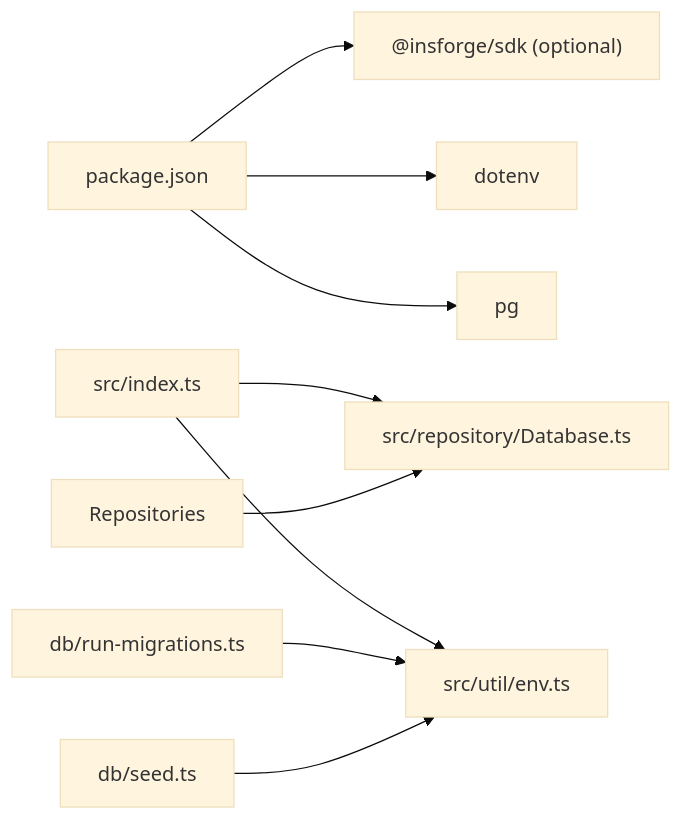
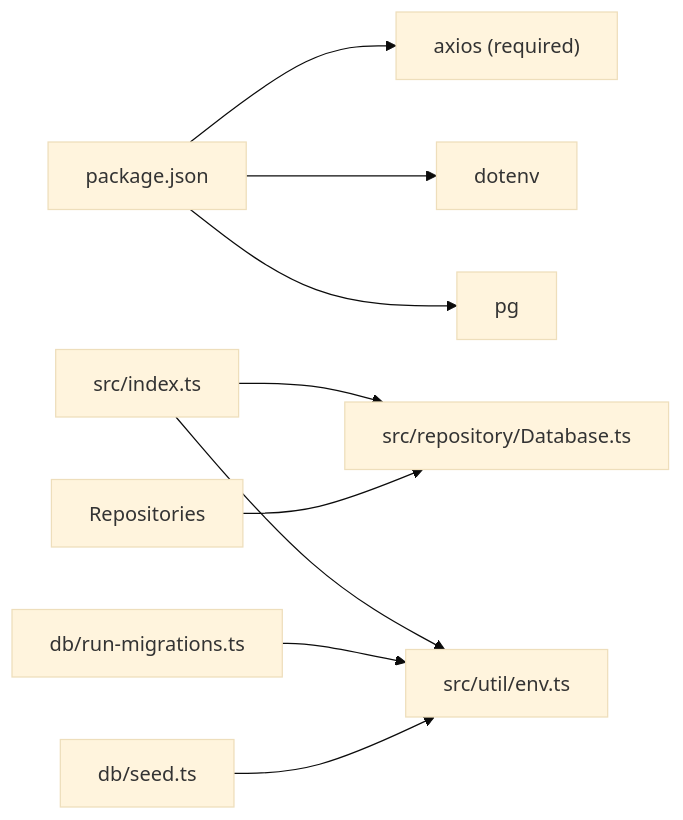
The sixth of 6 diagrams in .qoder/repowiki/en/content/Repository Layer/Database Abstraction.md (vishnusaibhosekar/ares), drawn with Mermaid (base theme) before and after one commit. The commit also changed other lines of this file and 10 other files, not shown here.

````diff
--- a/.qoder/repowiki/en/content/Repository Layer/Database Abstraction.md
+++ b/.qoder/repowiki/en/content/Repository Layer/Database Abstraction.md
@@ -376,15 +378,15 @@
 ```mermaid
 graph LR
 PJSON["package.json"]
-INSFORGE["@insforge/sdk (optional)"]
+AXIOS["axios (required)"]
 DOTENV["dotenv"]
 PG["pg"]
-PJSON --> INSFORGE
+PJSON --> AXIOS
 PJSON --> DOTENV
 PJSON --> PG
 APP["src/index.ts"] --> DB["src/repository/Database.ts"]
 APP --> ENV["src/util/env.ts"]
 REPOS["Repositories"] --> DB
 MIG["db/run-migrations.ts"] --> ENV
 SEED["db/seed.ts"] --> ENV
 ```
````
